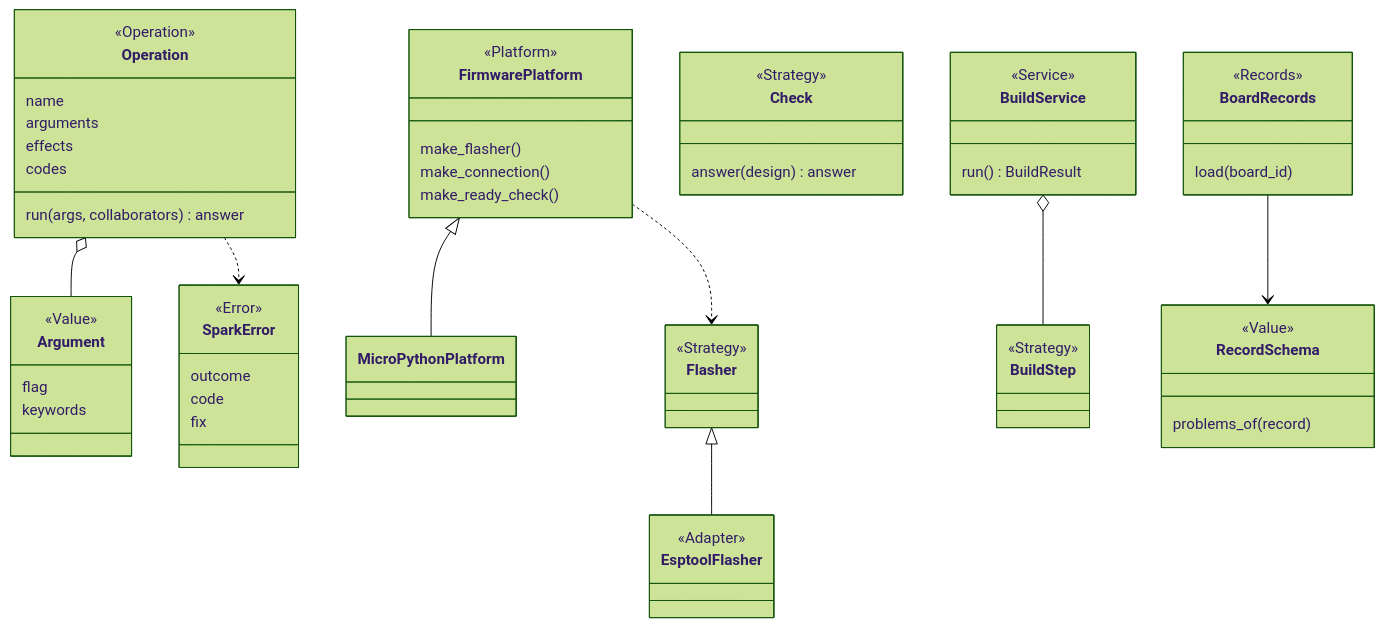
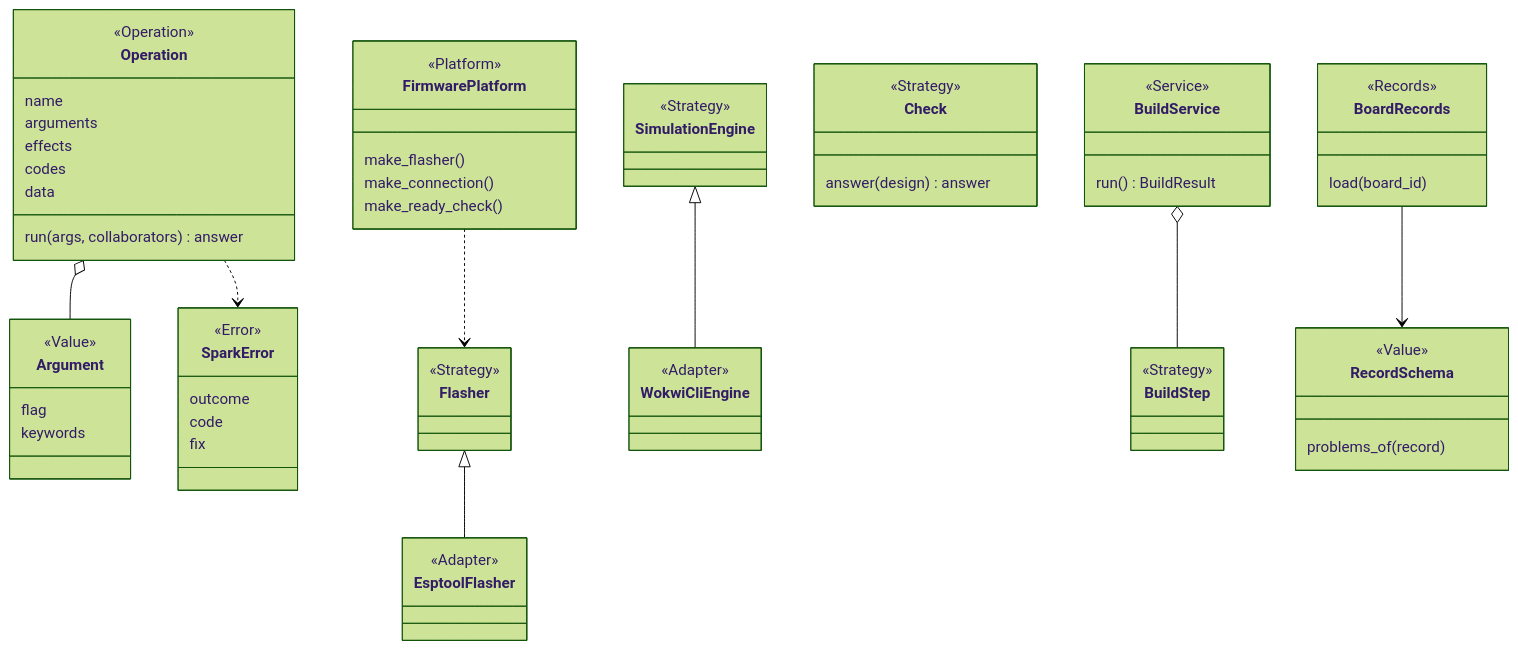
The second of 3 diagrams in docs/discovery/2026-10-19-p323-target-architecture/design.md (xmejkal/spark), drawn with Mermaid (forest theme) before and after one commit. The commit also changed other lines of this file and 4 other files, not shown here.

````diff
--- a/docs/discovery/2026-10-19-p323-target-architecture/design.md
+++ b/docs/discovery/2026-10-19-p323-target-architecture/design.md
@@ -161,61 +183,67 @@
 ```mermaid
 classDiagram
   class Operation {
     <<Operation>>
     name
     arguments
     effects
     codes
+    data
     run(args, collaborators) answer
   }
   class Argument {
     <<Value>>
     flag
     keywords
   }
   class SparkError {
     <<Error>>
     outcome
     code
     fix
   }
   class FirmwarePlatform {
     <<Platform>>
     make_flasher()
     make_connection()
     make_ready_check()
   }
-  class MicroPythonPlatform
   class Flasher {
     <<Strategy>>
   }
   class EsptoolFlasher {
+    <<Adapter>>
+  }
+  class SimulationEngine {
+    <<Strategy>>
+  }
+  class WokwiCliEngine {
     <<Adapter>>
   }
   class Check {
     <<Strategy>>
     answer(design) answer
   }
   class BuildService {
     <<Service>>
     run() BuildResult
   }
   class BuildStep {
     <<Strategy>>
   }
   class BoardRecords {
     <<Records>>
     load(board_id)
   }
   class RecordSchema {
     <<Value>>
     problems_of(record)
   }
   Operation o-- Argument
   Operation ..> SparkError
-  FirmwarePlatform <|-- MicroPythonPlatform
   FirmwarePlatform ..> Flasher
   Flasher <|-- EsptoolFlasher
+  SimulationEngine <|-- WokwiCliEngine
   BuildService o-- BuildStep
   BoardRecords --> RecordSchema
 ```
````
